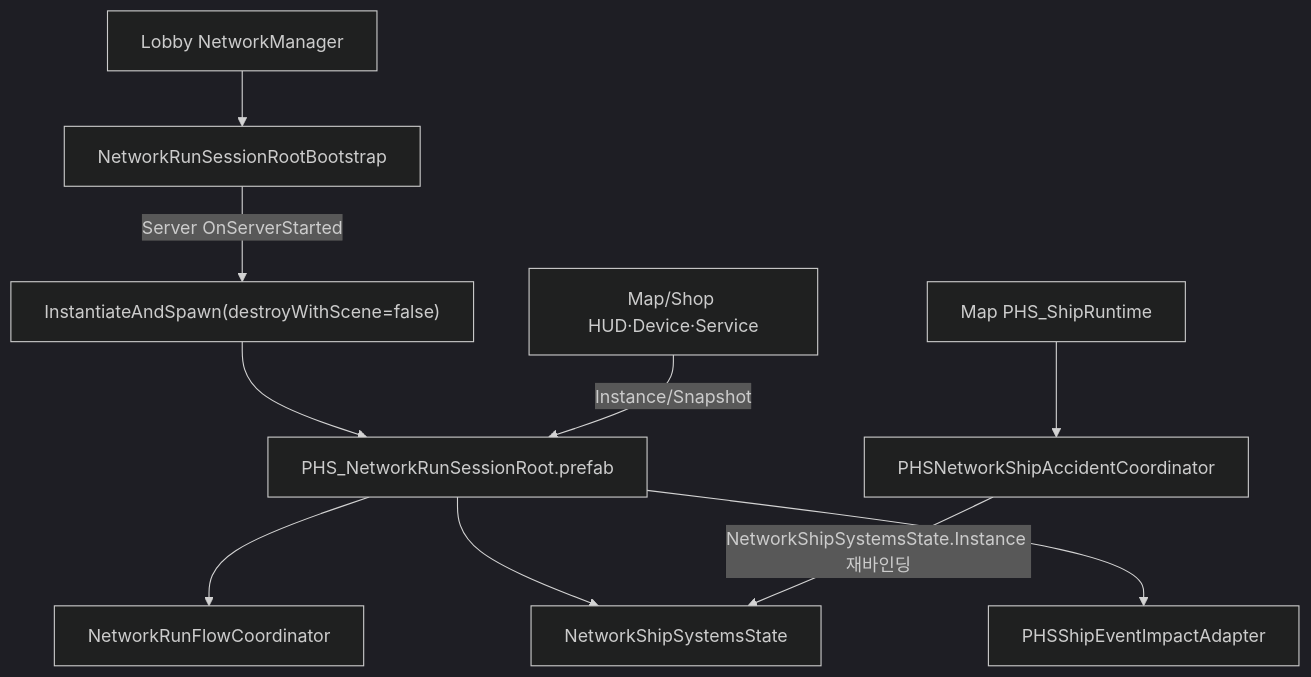
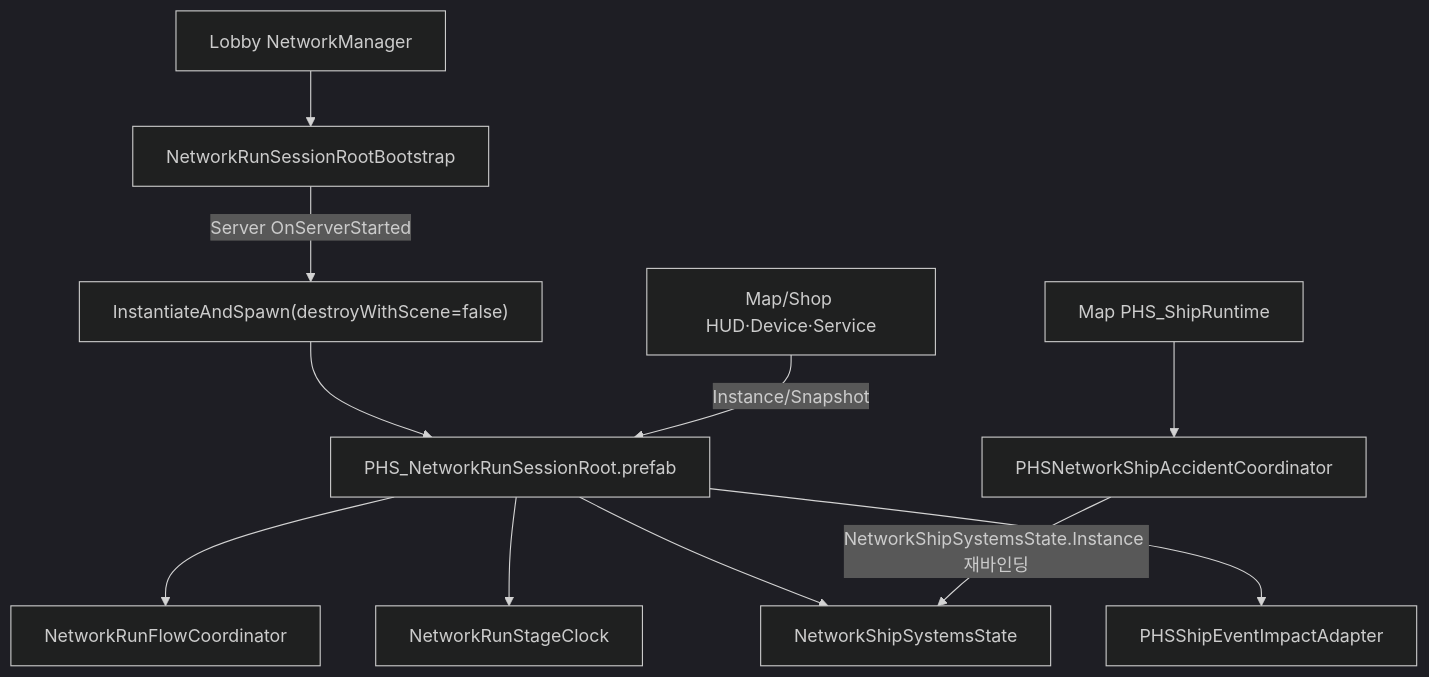
Before and after one commit to bokings34-ui/LastJumpCrew_Copy: the diagram in Docs/PHS_RUN_SESSION_ROOT_IMPLEMENTATION_0718.md, drawn with Mermaid (dark theme). The commit also changed other lines of this file and 15 other files, not shown here.

Commit message:
feat: add server-authoritative stage clock

````diff
--- a/Docs/PHS_RUN_SESSION_ROOT_IMPLEMENTATION_0718.md
+++ b/Docs/PHS_RUN_SESSION_ROOT_IMPLEMENTATION_0718.md
@@ -20,12 +20,13 @@
 ```mermaid
 flowchart TB
     A["Lobby NetworkManager"] --> B["NetworkRunSessionRootBootstrap"]
     B -->|"Server OnServerStarted"| C["InstantiateAndSpawn(destroyWithScene=false)"]
     C --> D["PHS_NetworkRunSessionRoot.prefab"]
     D --> E["NetworkRunFlowCoordinator"]
-    D --> F["NetworkShipSystemsState"]
-    D --> G["PHSShipEventImpactAdapter"]
-    H["Map PHS_ShipRuntime"] --> I["PHSNetworkShipAccidentCoordinator"]
-    I -->|"NetworkShipSystemsState.Instance 재바인딩"| F
-    J["Map/Shop HUD·Device·Service"] -->|"Instance/Snapshot"| D
+    D --> F["NetworkRunStageClock"]
+    D --> G["NetworkShipSystemsState"]
+    D --> H["PHSShipEventImpactAdapter"]
+    I["Map PHS_ShipRuntime"] --> J["PHSNetworkShipAccidentCoordinator"]
+    J -->|"NetworkShipSystemsState.Instance 재바인딩"| G
+    K["Map/Shop HUD·Device·Service"] -->|"Instance/Snapshot"| D
 ```
````
